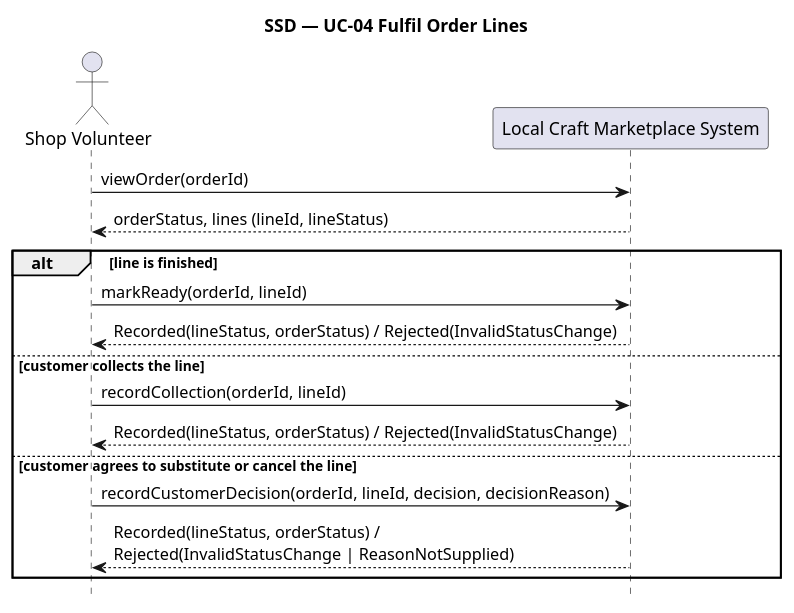
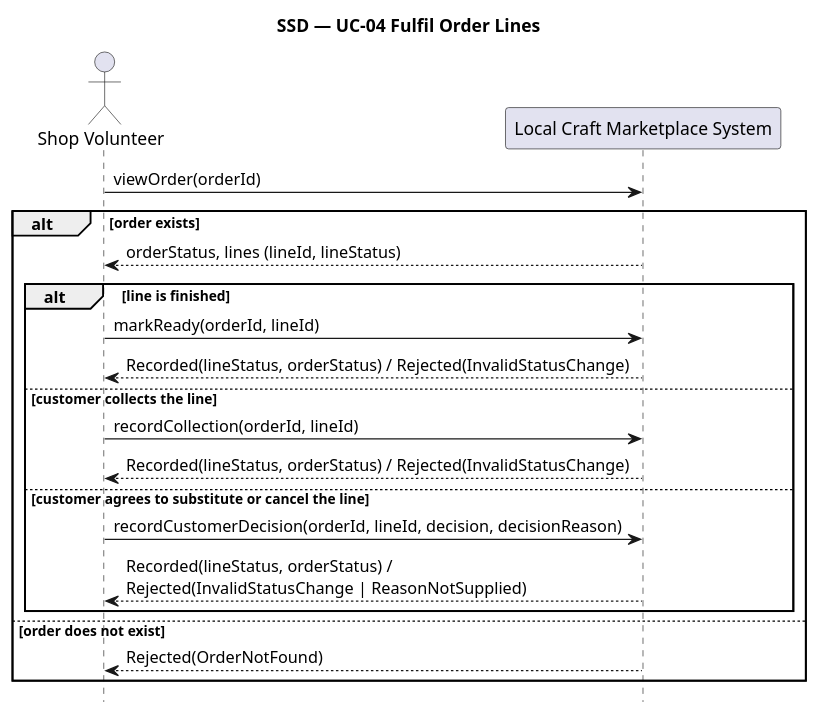
Before and after one commit to Mykola-Rubliuk/LocalCraftMarketplace: the diagram in ca2-analysis/slices/slice-2/ssd/ssd.puml, drawn with PlantUML. The commit also changed 6 other files, not shown here.

First line of the commit message:
Add slice 2 fulfil order lines contracts and error handling

```diff
--- a/ca2-analysis/slices/slice-2/ssd/ssd.puml
+++ b/ca2-analysis/slices/slice-2/ssd/ssd.puml
@@ -1,21 +1,26 @@
 @startuml
 hide footbox
 title SSD — UC-04 Fulfil Order Lines
 
 actor "Shop Volunteer" as V
 participant "Local Craft Marketplace System" as S
 
 V -> S : viewOrder(orderId)
-S --> V : orderStatus, lines (lineId, lineStatus)
 
-alt line is finished
-  V -> S : markReady(orderId, lineId)
-  S --> V : Recorded(lineStatus, orderStatus) / Rejected(InvalidStatusChange)
-else customer collects the line
-  V -> S : recordCollection(orderId, lineId)
-  S --> V : Recorded(lineStatus, orderStatus) / Rejected(InvalidStatusChange)
-else customer agrees to substitute or cancel the line
-  V -> S : recordCustomerDecision(orderId, lineId, decision, decisionReason)
-  S --> V : Recorded(lineStatus, orderStatus) /\nRejected(InvalidStatusChange | ReasonNotSupplied)
+alt order exists
+  S --> V : orderStatus, lines (lineId, lineStatus)
+
+  alt line is finished
+    V -> S : markReady(orderId, lineId)
+    S --> V : Recorded(lineStatus, orderStatus) / Rejected(InvalidStatusChange)
+  else customer collects the line
+    V -> S : recordCollection(orderId, lineId)
+    S --> V : Recorded(lineStatus, orderStatus) / Rejected(InvalidStatusChange)
+  else customer agrees to substitute or cancel the line
+    V -> S : recordCustomerDecision(orderId, lineId, decision, decisionReason)
+    S --> V : Recorded(lineStatus, orderStatus) /\nRejected(InvalidStatusChange | ReasonNotSupplied)
+  end
+else order does not exist
+  S --> V : Rejected(OrderNotFound)
 end
 @enduml
```
